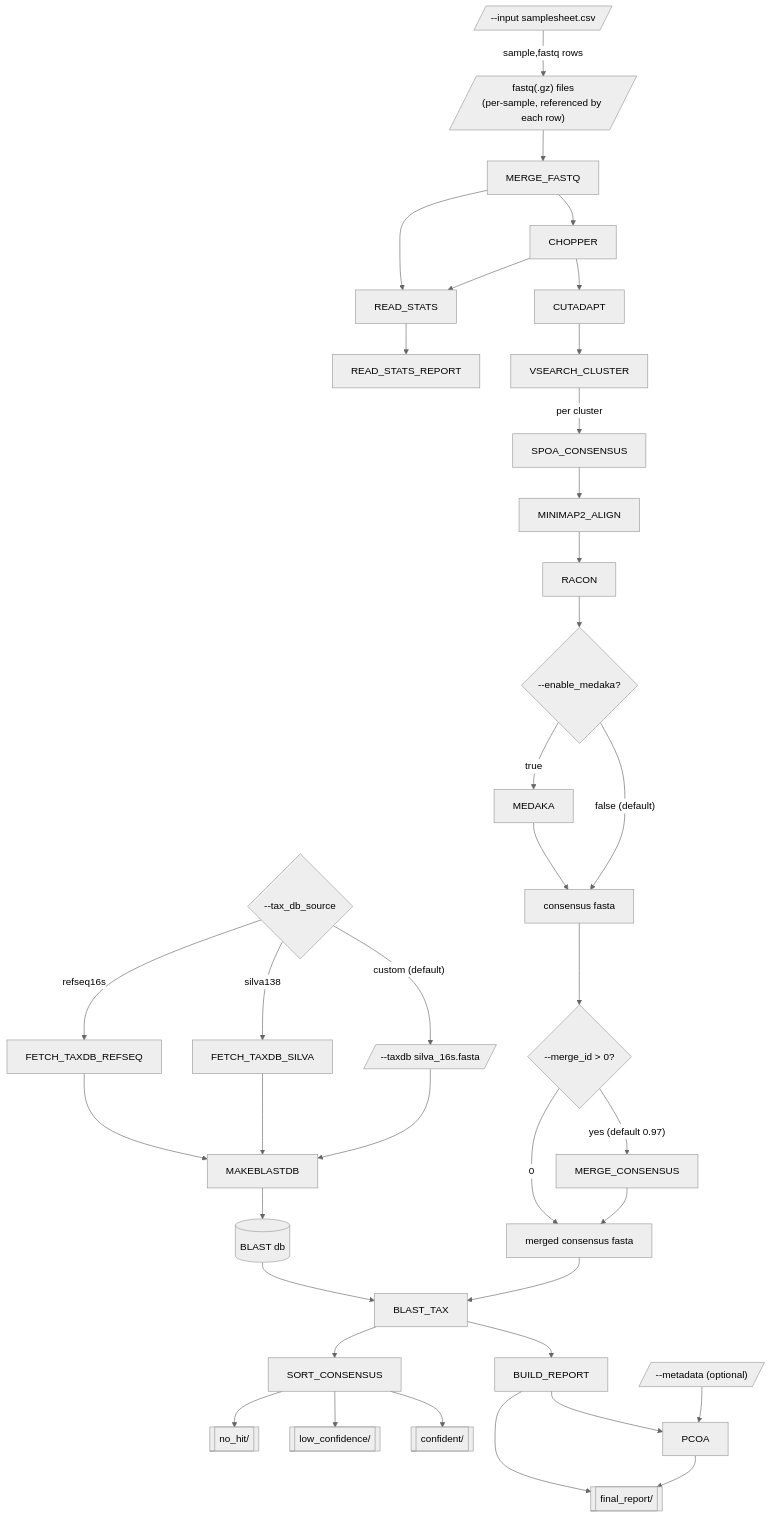
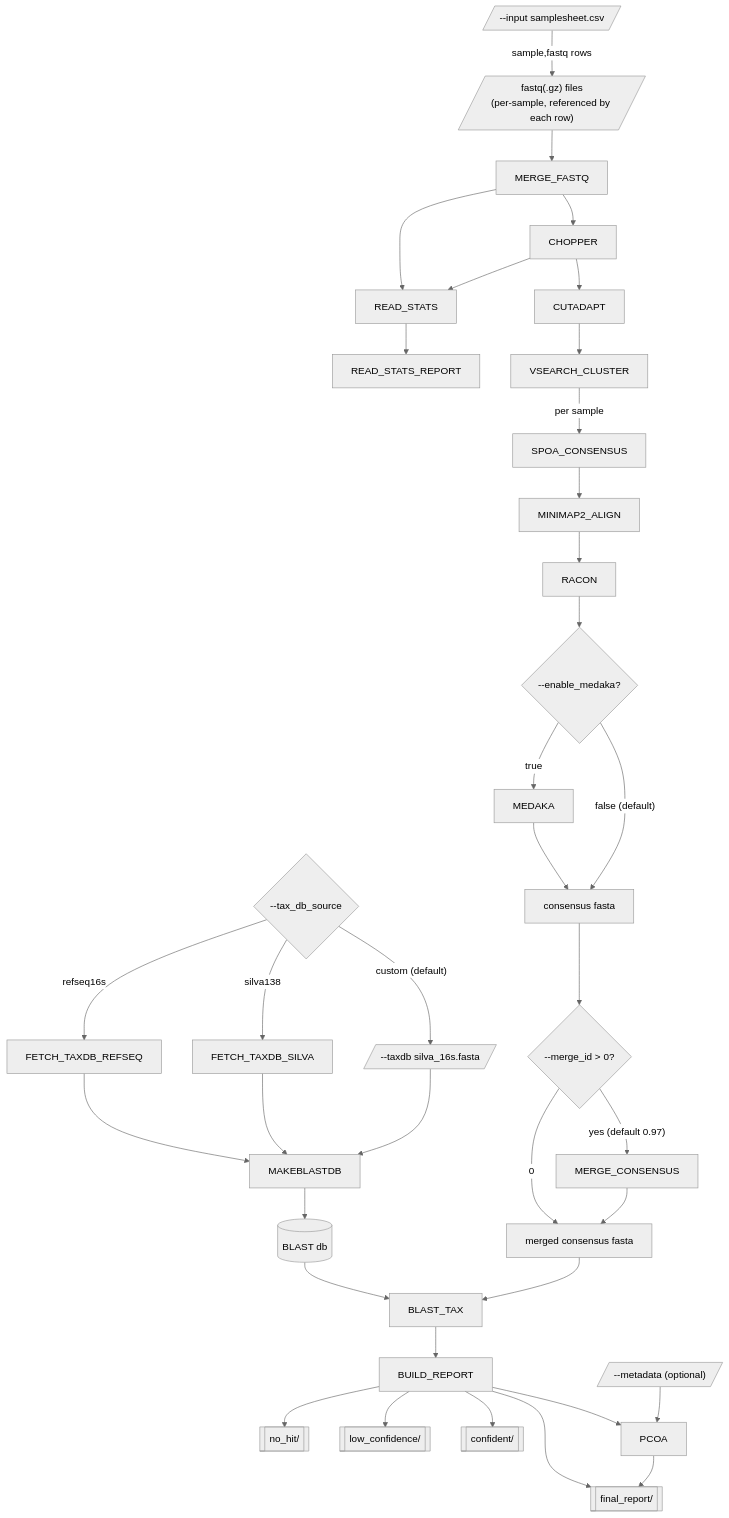
One commit to ehill-iolani/16S-nf changed the diagram in README.md. Above: the diagram before and after it, drawn with Mermaid (neutral theme). The commit also changed other lines of this file and 14 other files, not shown here.

Commit message:
batch consensus and BLAST steps per sample instead of per cluster

````diff
--- a/README.md
+++ b/README.md
@@ -114,41 +114,40 @@
 ```mermaid
 flowchart TD
     tax_db_source{"--tax_db_source"}
     tax_db_source -->|"custom (default)"| taxdb[/"--taxdb silva_16s.fasta"/]
     tax_db_source -->|"silva138"| FETCH_TAXDB_SILVA
     tax_db_source -->|"refseq16s"| FETCH_TAXDB_REFSEQ
     taxdb --> MAKEBLASTDB
     FETCH_TAXDB_SILVA --> MAKEBLASTDB
     FETCH_TAXDB_REFSEQ --> MAKEBLASTDB
     MAKEBLASTDB --> blastdb[("BLAST db")]
 
     reads[/"--input samplesheet.csv"/] -->|"sample,fastq rows"| fastqs[/"fastq(.gz) files\n(per-sample, referenced by each row)"/]
     fastqs --> MERGE_FASTQ --> CHOPPER --> CUTADAPT --> VSEARCH_CLUSTER
     MERGE_FASTQ --> READ_STATS
     CHOPPER --> READ_STATS
     READ_STATS --> READ_STATS_REPORT
-    VSEARCH_CLUSTER -->|"per cluster"| SPOA_CONSENSUS --> MINIMAP2_ALIGN --> RACON
+    VSEARCH_CLUSTER -->|"per sample"| SPOA_CONSENSUS --> MINIMAP2_ALIGN --> RACON
 
     RACON --> medaka_check{"--enable_medaka?"}
     medaka_check -->|"false (default)"| consensus["consensus fasta"]
     medaka_check -->|"true"| MEDAKA --> consensus
 
     consensus --> merge_check{"--merge_id > 0?"}
     merge_check -->|"yes (default 0.97)"| MERGE_CONSENSUS --> merged["merged consensus fasta"]
     merge_check -->|"0"| merged
 
     merged --> BLAST_TAX
     blastdb --> BLAST_TAX
 
     BLAST_TAX --> BUILD_REPORT
-    BLAST_TAX --> SORT_CONSENSUS
 
     metadata[/"--metadata (optional)"/] --> PCOA
     BUILD_REPORT --> PCOA
 
     BUILD_REPORT --> report[["final_report/"]]
     PCOA --> report
-    SORT_CONSENSUS --> confident[["confident/"]]
-    SORT_CONSENSUS --> lowconf[["low_confidence/"]]
-    SORT_CONSENSUS --> nohit[["no_hit/"]]
+    BUILD_REPORT --> confident[["confident/"]]
+    BUILD_REPORT --> lowconf[["low_confidence/"]]
+    BUILD_REPORT --> nohit[["no_hit/"]]
 ```
````
